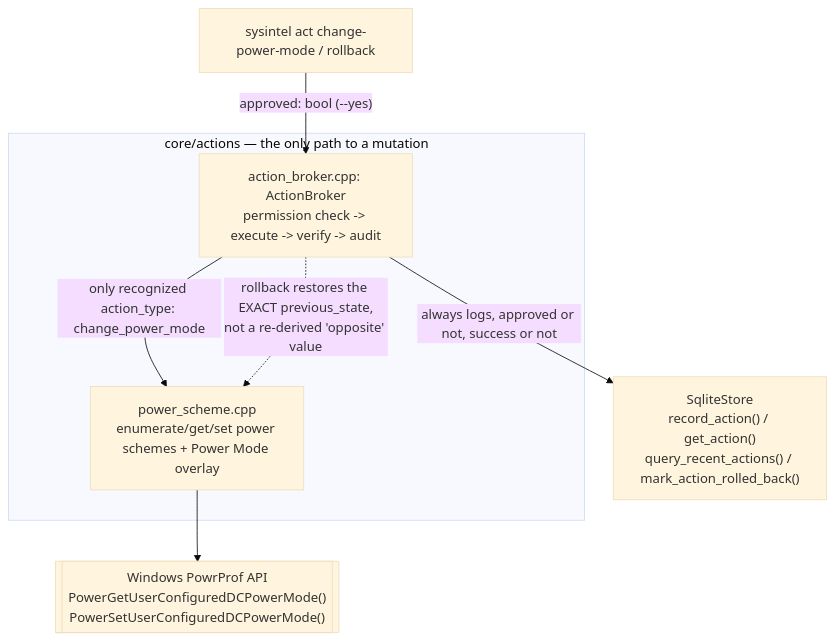
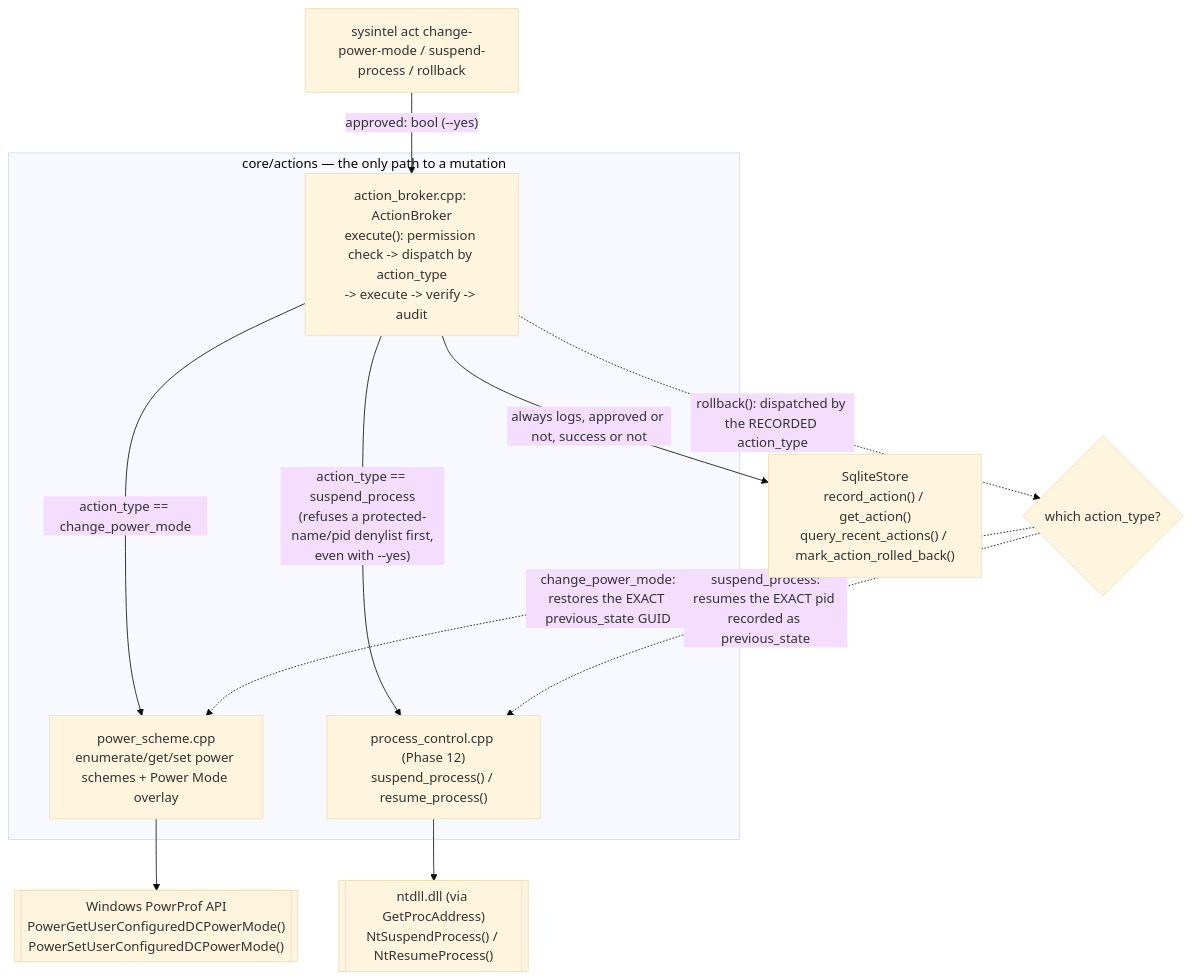
One commit to HarshdeepJ/System-Intelligence changed the third of 3 diagrams in README.md. Above: the diagram before and after it, drawn with Mermaid (base theme). The commit also changed other lines of this file, not shown here.

First line of the commit message:
Update README architecture diagrams for Phases 7-13

````diff
--- a/README.md
+++ b/README.md
@@ -601,19 +627,25 @@
 ```mermaid
 flowchart TD
-    CLI4["sysintel act change-power-mode / rollback"]
+    CLI4["sysintel act change-power-mode / suspend-process / rollback"]
 
     subgraph BROKER["core/actions — the only path to a mutation"]
-        AB["action_broker.cpp: ActionBroker<br/>permission check -&gt; execute -&gt; verify -&gt; audit"]
+        AB["action_broker.cpp: ActionBroker<br/>execute(): permission check -&gt; dispatch by action_type<br/>-&gt; execute -&gt; verify -&gt; audit"]
         PS["power_scheme.cpp<br/>enumerate/get/set power schemes + Power Mode overlay"]
+        PC["process_control.cpp (Phase 12)<br/>suspend_process() / resume_process()"]
     end
 
     WINPOWER[["Windows PowrProf API<br/>PowerGetUserConfiguredDCPowerMode()<br/>PowerSetUserConfiguredDCPowerMode()"]]
+    WINPROC[["ntdll.dll (via GetProcAddress)<br/>NtSuspendProcess() / NtResumeProcess()"]]
 
     STORE4["SqliteStore<br/>record_action() / get_action()<br/>query_recent_actions() / mark_action_rolled_back()"]
 
     CLI4 -->|"approved: bool (--yes)"| AB
-    AB -->|"only recognized action_type: change_power_mode"| PS
+    AB -->|"action_type == change_power_mode"| PS
+    AB -->|"action_type == suspend_process<br/>(refuses a protected-name/pid denylist first,<br/>even with --yes)"| PC
     PS --> WINPOWER
+    PC --> WINPROC
     AB -->|"always logs, approved or not, success or not"| STORE4
-    AB -.->|"rollback restores the EXACT previous_state,<br/>not a re-derived 'opposite' value"| PS
+    AB -.->|"rollback(): dispatched by the RECORDED action_type"| DISPATCH{"which action_type?"}
+    DISPATCH -.->|"change_power_mode:<br/>restores the EXACT previous_state GUID"| PS
+    DISPATCH -.->|"suspend_process:<br/>resumes the EXACT pid recorded as previous_state"| PC
 ```
````
